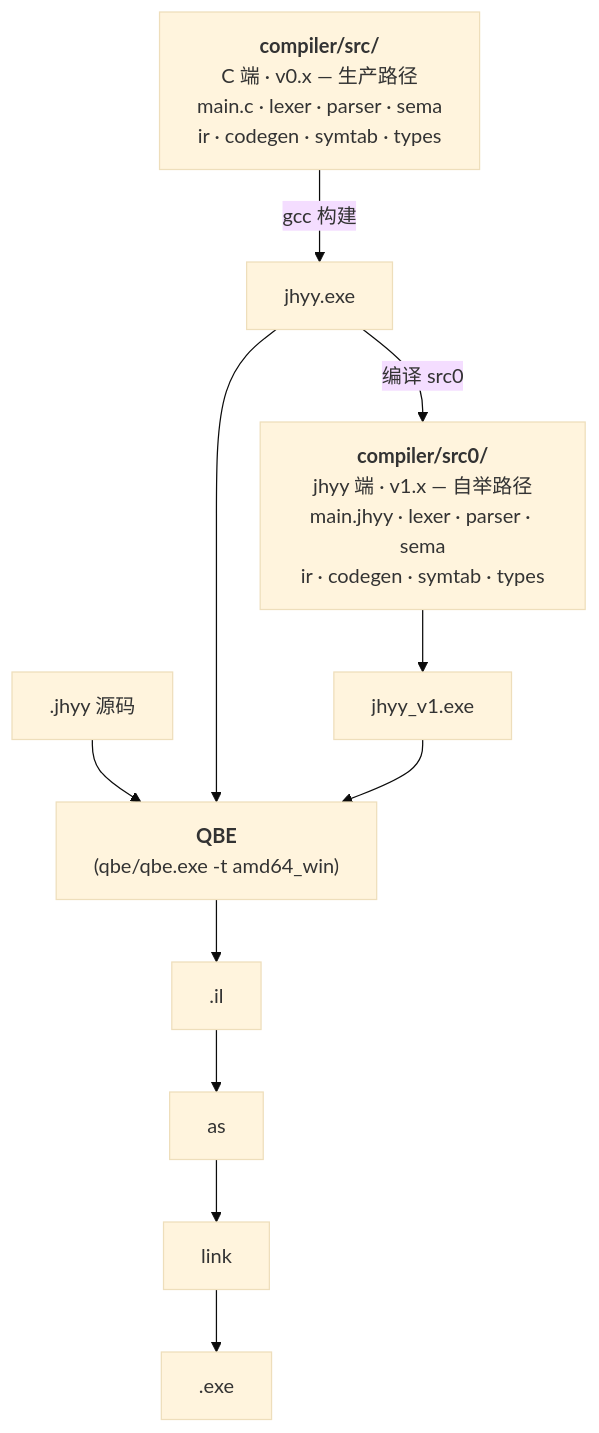
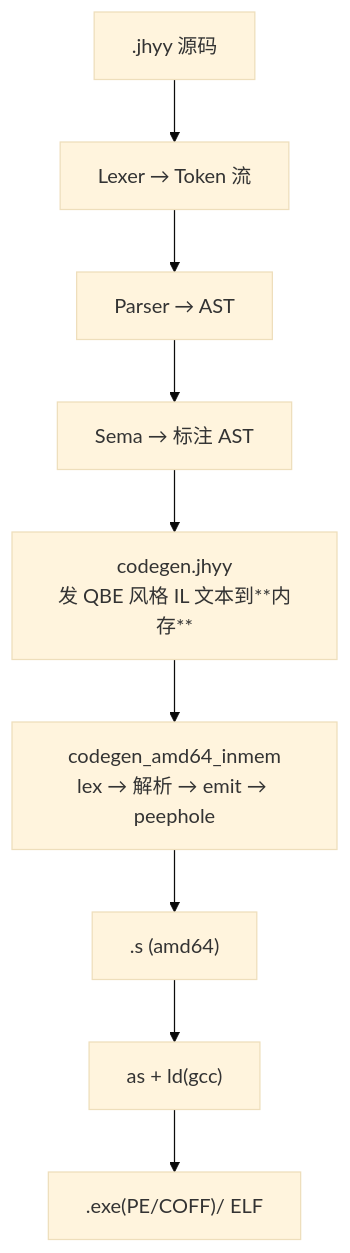
One commit to JiHuiYiYou/JiHuiYiYou-compiler changed the diagram in README.zh-CN.md. Above: the diagram before and after it, drawn with Mermaid (base theme). The commit also changed other lines of this file and 1 other file, not shown here.

````diff
--- a/README.zh-CN.md
+++ b/README.zh-CN.md
@@ -259,12 +204,11 @@
 ```mermaid
 flowchart TB
-    cs["<b>compiler/src/</b><br/>C 端 · v0.x — 生产路径<br/>main.c · lexer · parser · sema<br/>ir · codegen · symtab · types"]
-    cs -->|gcc 构建| bin1["jhyy.exe"]
-    s0["<b>compiler/src0/</b><br/>jhyy 端 · v1.x — 自举路径<br/>main.jhyy · lexer · parser · sema<br/>ir · codegen · symtab · types"]
-    bin1 -->|编译 src0| s0
-    s0 --> bin2["jhyy_v1.exe"]
-    src[".jhyy 源码"] --> qbe["<b>QBE</b><br/>(qbe/qbe.exe -t amd64_win)"]
-    bin1 --> qbe
-    bin2 --> qbe
-    qbe --> il[".il"] --> as_["as"] --> ln["link"] --> exe[".exe"]
+    src[".jhyy 源码"] --> lex["Lexer → Token 流"]
+    lex --> parse["Parser → AST"]
+    parse --> sema["Sema → 标注 AST"]
+    sema --> il["codegen.jhyy<br/>发 QBE 风格 IL 文本到**内存**"]
+    il --> sb["codegen_amd64_inmem<br/>lex → 解析 → emit → peephole"]
+    sb --> asm[".s (amd64)"]
+    asm --> ln["as + ld(gcc)"]
+    ln --> exe[".exe(PE/COFF)/ ELF"]
 ```
````
